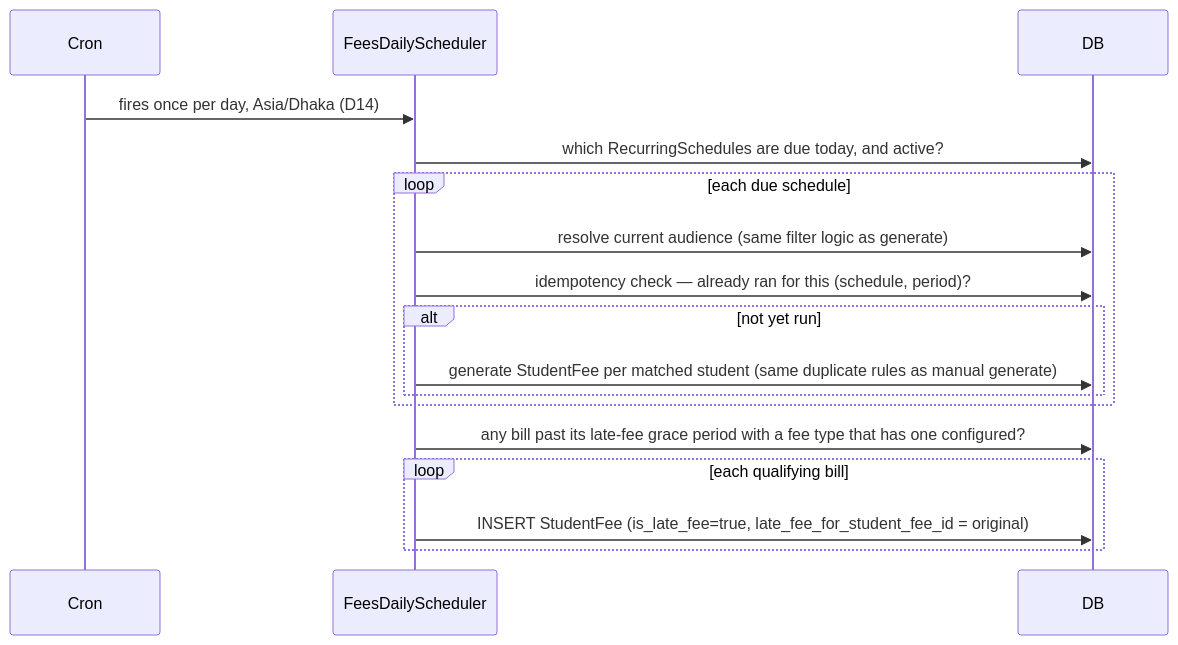
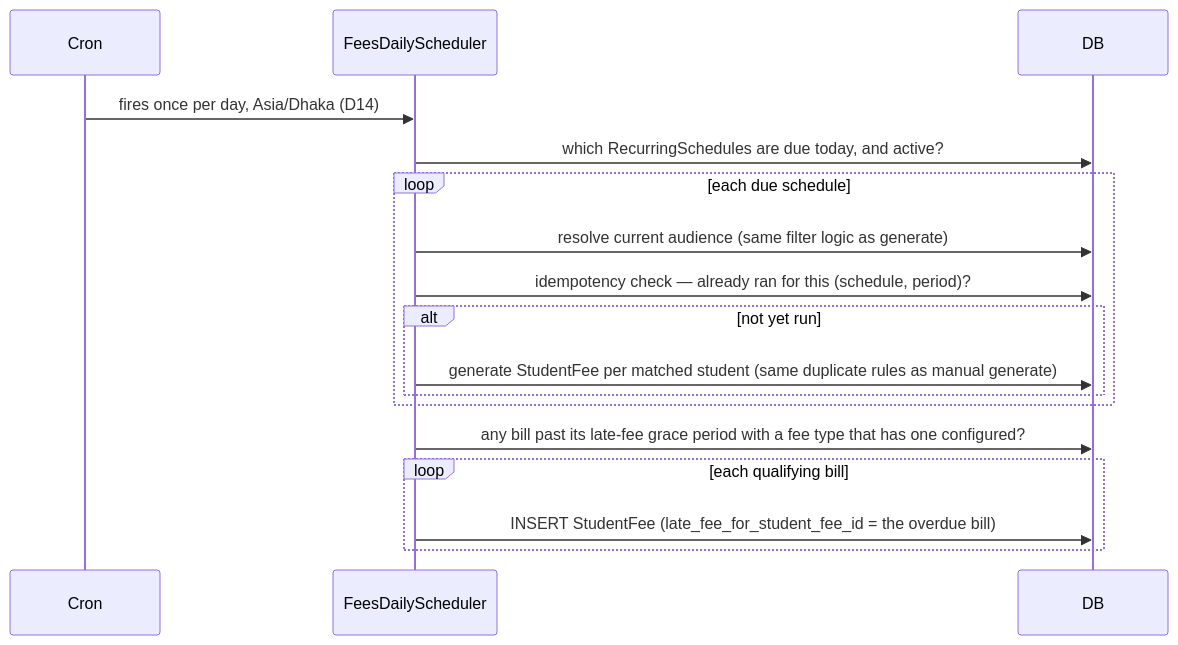
Before and after one commit to tareq89/biddaloy: the fifth of 5 diagrams in docs/architecture/04-fees-payments-invoices.md, drawn with Mermaid. The commit also changed other lines of this file and 10 other files, not shown here.

````diff
--- a/docs/architecture/04-fees-payments-invoices.md
+++ b/docs/architecture/04-fees-payments-invoices.md
@@ -244,20 +276,20 @@
 ```mermaid
 sequenceDiagram
     participant Cron
     participant Scheduler as FeesDailyScheduler
     participant DB
 
     Cron->>Scheduler: fires once per day, Asia/Dhaka (D14)
     Scheduler->>DB: which RecurringSchedules are due today, and active?
     loop each due schedule
         Scheduler->>DB: resolve current audience (same filter logic as generate)
         Scheduler->>DB: idempotency check — already ran for this (schedule, period)?
         alt not yet run
             Scheduler->>DB: generate StudentFee per matched student (same duplicate rules as manual generate)
         end
     end
     Scheduler->>DB: any bill past its late-fee grace period with a fee type that has one configured?
     loop each qualifying bill
-        Scheduler->>DB: INSERT StudentFee (is_late_fee=true, late_fee_for_student_fee_id = original)
+        Scheduler->>DB: INSERT StudentFee (late_fee_for_student_fee_id = the overdue bill)
     end
 ```
````
